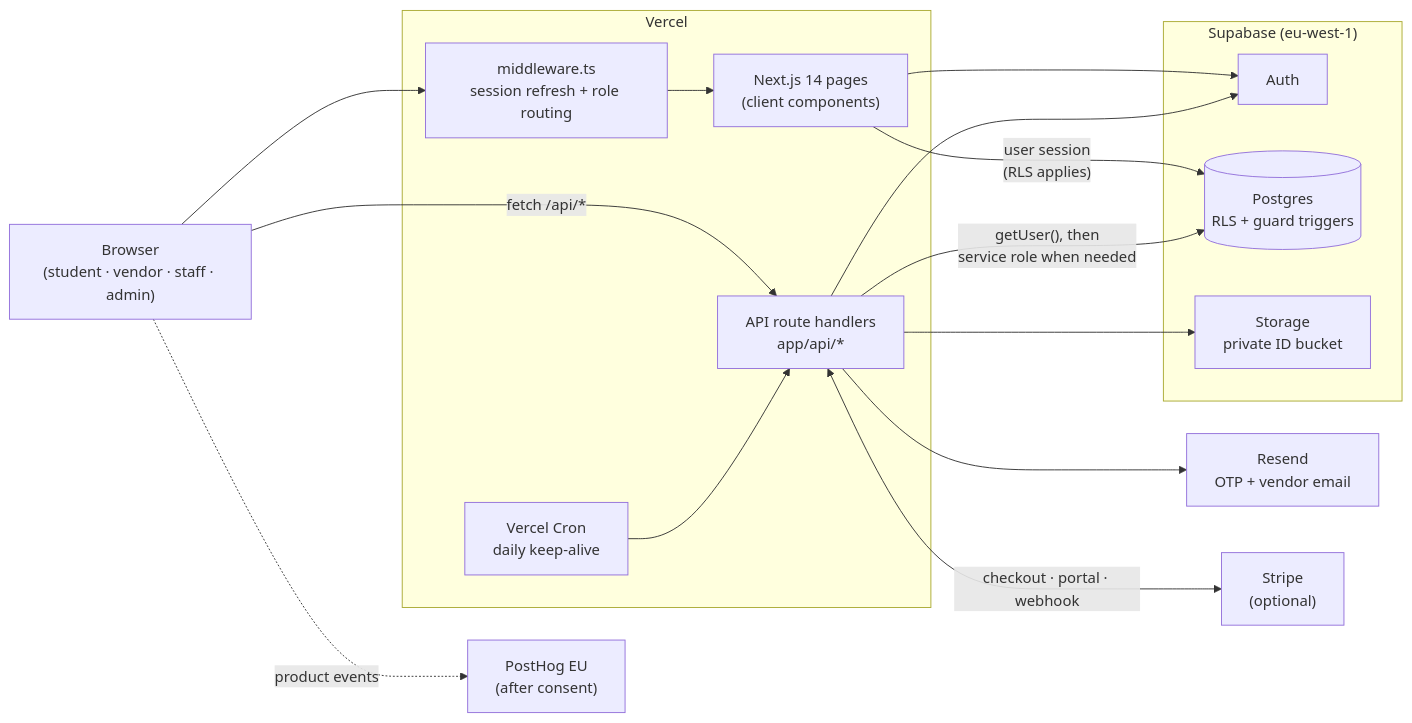
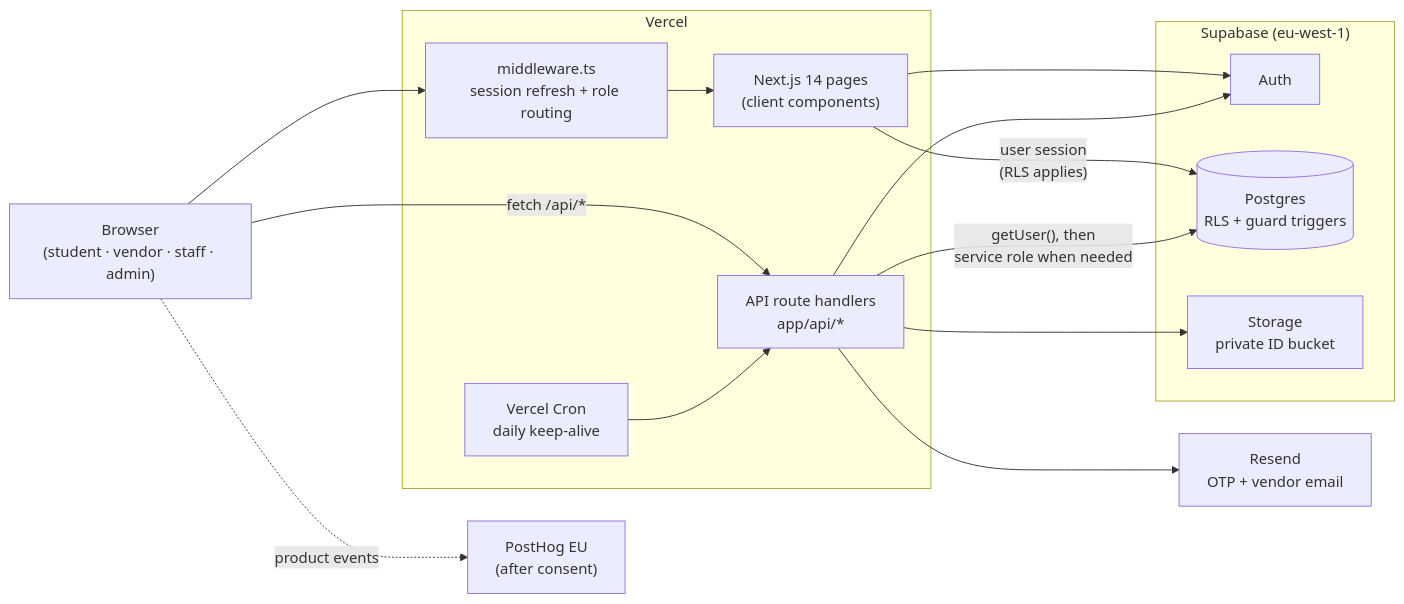
Before and after one commit to EMMANUEL-LAMPTEY-96/stud-deals: the diagram in README.md, drawn with Mermaid. The commit also changed other lines of this file and 15 other files, not shown here.

````diff
--- a/README.md
+++ b/README.md
@@ -101,33 +100,31 @@
 ```mermaid
 flowchart LR
     B["Browser<br/>(student · vendor · staff · admin)"]
 
     subgraph V["Vercel"]
         MW["middleware.ts<br/>session refresh + role routing"]
         P["Next.js 14 pages<br/>(client components)"]
         API["API route handlers<br/>app/api/*"]
         CRON["Vercel Cron<br/>daily keep-alive"]
     end
 
     subgraph S["Supabase (eu-west-1)"]
         AUTH["Auth"]
         DB[("Postgres<br/>RLS + guard triggers")]
         ST["Storage<br/>private ID bucket"]
     end
 
     RS["Resend<br/>OTP + vendor email"]
-    STR["Stripe<br/>(optional)"]
     PH["PostHog EU<br/>(after consent)"]
 
     B --> MW --> P
     B -- "fetch /api/*" --> API
     P -- "user session<br/>(RLS applies)" --> DB
     P --> AUTH
     API -- "getUser(), then<br/>service role when needed" --> DB
     API --> AUTH
     API --> ST
     API --> RS
-    API <-->|"checkout · portal · webhook"| STR
     CRON --> API
     B -. "product events" .-> PH
 ```
````
